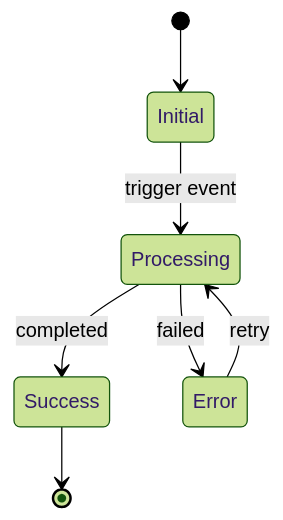
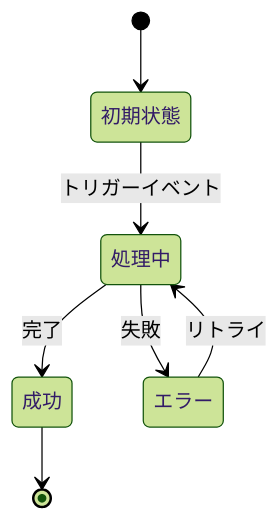
Before and after one commit to DIO0550/d-market: the fifth of 6 diagrams in plugins/spec-plugin/skills/system-design/assets/templates/system-design.md, drawn with Mermaid (forest theme). The commit also changed other lines of this file and 16 other files, not shown here.

````diff
--- a/plugins/spec-plugin/skills/system-design/assets/templates/system-design.md
+++ b/plugins/spec-plugin/skills/system-design/assets/templates/system-design.md
@@ -146,9 +146,9 @@
 ```mermaid
 stateDiagram-v2
-    [*] --> Initial
-    Initial --> Processing: trigger event
-    Processing --> Success: completed
-    Processing --> Error: failed
-    Error --> Processing: retry
-    Success --> [*]
+    [*] --> 初期状態
+    初期状態 --> 処理中: トリガーイベント
+    処理中 --> 成功: 完了
+    処理中 --> エラー: 失敗
+    エラー --> 処理中: リトライ
+    成功 --> [*]
 ```
````
